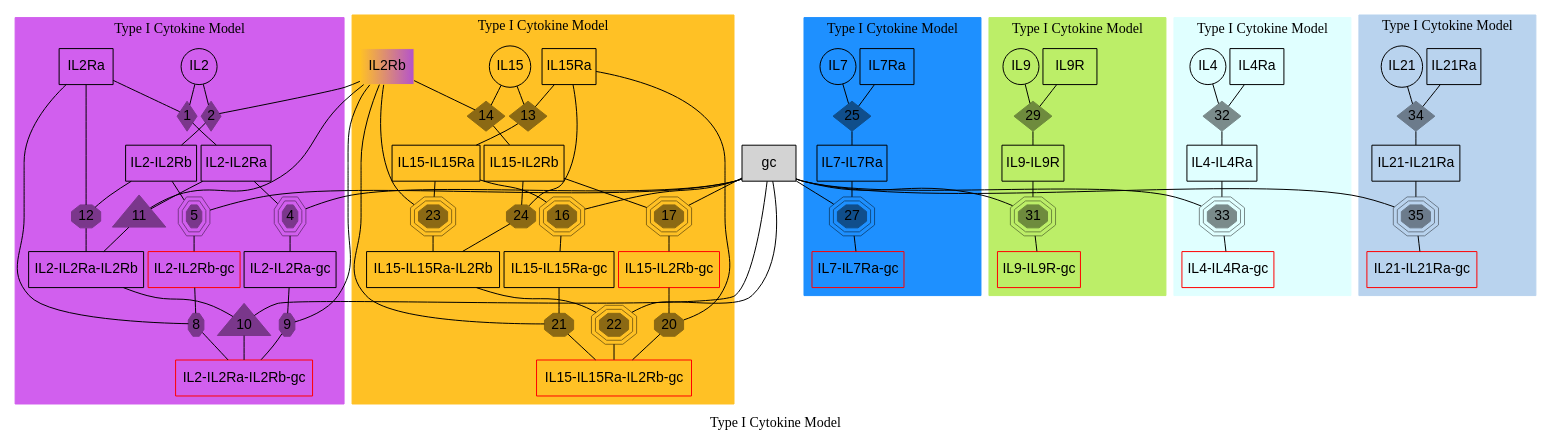
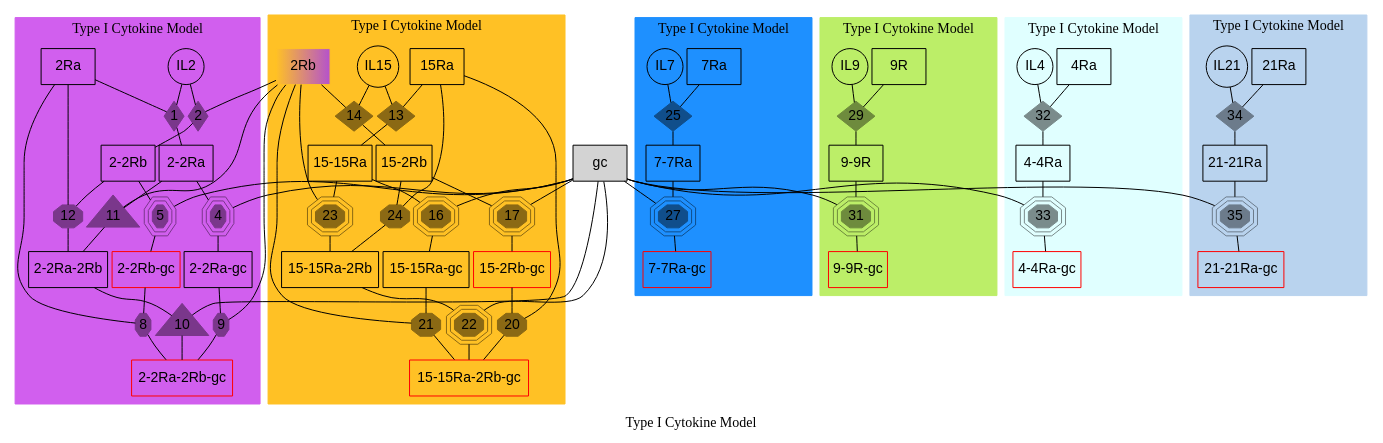
One commit to meyer-lab/gc-valent changed the diagram in ckine/data/graph_all.gv. Above: the diagram before and after it, drawn with Graphviz.

Commit message:
remove "IL" from complexes

```diff
--- a/ckine/data/graph_all.gv
+++ b/ckine/data/graph_all.gv
@@ -13,45 +13,45 @@
         node [margin=0.03];
 
         "IL2"   [shape=circle, fontname = "helvetica" ];
-        "IL2Ra" [shape=box, fontname = "helvetica"   ];
-        "IL2Rb" [shape=box, style=filled, color="goldenrod1:mediumorchid3", fontname = "helvetica"];
-        "IL2-IL2Ra" [shape=box, fontname = "helvetica"];
-        "IL2-IL2Rb" [shape=box, fontname = "helvetica"];
-        "IL2-IL2Ra" [shape=box, fontname = "helvetica"];
-        "IL2-IL2Ra" [shape=box, fontname = "helvetica"];
-        "IL2-IL2Ra-IL2Rb" [shape=box, fontname = "helvetica" ];
-        "IL2-IL2Ra-gc" [shape=box, fontname = "helvetica" ];
-        "IL2-IL2Rb-gc" [shape=box, color=red, fontname = "helvetica" ];
-        "IL2-IL2Ra-IL2Rb-gc" [shape=box, color=red, fontname = "helvetica" ];
+        "2Ra" [shape=box, fontname = "helvetica"   ];
+        "2Rb" [shape=box, style=filled, color="goldenrod1:mediumorchid3", fontname = "helvetica"];
+        "2-2Ra" [shape=box, fontname = "helvetica"];
+        "2-2Rb" [shape=box, fontname = "helvetica"];
+        "2-2Ra" [shape=box, fontname = "helvetica"];
+        "2-2Ra" [shape=box, fontname = "helvetica"];
+        "2-2Ra-2Rb" [shape=box, fontname = "helvetica" ];
+        "2-2Ra-gc" [shape=box, fontname = "helvetica" ];
+        "2-2Rb-gc" [shape=box, color=red, fontname = "helvetica" ];
+        "2-2Ra-2Rb-gc" [shape=box, color=red, fontname = "helvetica" ];
 
         "IL15"  [shape=circle, fontname = "helvetica"];
-        "IL15Ra"    [shape=box, fontname = "helvetica"];
-        "IL15-IL15Ra"   [shape=box, fontname = "helvetica"];
-        "IL15-IL2Rb"    [shape=box, fontname = "helvetica"];
-        "IL15-IL15Ra-IL2Rb" [shape=box, fontname = "helvetica"];
-        "IL15-IL15Ra-gc"    [shape=box, fontname = "helvetica"];
-        "IL15-IL2Rb-gc" [shape=box, color=red, fontname = "helvetica"];
-        "IL15-IL15Ra-IL2Rb-gc"  [shape=box, color=red, fontname = "helvetica"];
+        "15Ra"    [shape=box, fontname = "helvetica"];
+        "15-15Ra"   [shape=box, fontname = "helvetica"];
+        "15-2Rb"    [shape=box, fontname = "helvetica"];
+        "15-15Ra-2Rb" [shape=box, fontname = "helvetica"];
+        "15-15Ra-gc"    [shape=box, fontname = "helvetica"];
+        "15-2Rb-gc" [shape=box, color=red, fontname = "helvetica"];
+        "15-15Ra-2Rb-gc"  [shape=box, color=red, fontname = "helvetica"];
 
         "IL7"   [shape=circle, fontname = "helvetica"];
-        "IL7Ra" [shape=box, fontname = "helvetica"];
-        "IL7-IL7Ra" [shape=box, fontname = "helvetica"];
-        "IL7-IL7Ra-gc"  [shape=box, color=red, fontname = "helvetica"];
+        "7Ra" [shape=box, fontname = "helvetica"];
+        "7-7Ra" [shape=box, fontname = "helvetica"];
+        "7-7Ra-gc"  [shape=box, color=red, fontname = "helvetica"];
 
         "IL9"   [shape=circle, fontname = "helvetica"];
-        "IL9R" [shape=box , fontname = "helvetica"   ];
-        "IL9-IL9R" [shape=box, fontname = "helvetica"];
-        "IL9-IL9R-gc" [shape=box, color=red, fontname = "helvetica" ];
+        "9R" [shape=box , fontname = "helvetica"   ];
+        "9-9R" [shape=box, fontname = "helvetica"];
+        "9-9R-gc" [shape=box, color=red, fontname = "helvetica" ];
 
         "IL4"   [shape=circle, fontname = "helvetica"];
-        "IL4Ra" [shape=box, fontname = "helvetica"    ];
-        "IL4-IL4Ra" [shape=box, fontname = "helvetica"];
-        "IL4-IL4Ra-gc" [shape=box, color=red, fontname = "helvetica" ];
+        "4Ra" [shape=box, fontname = "helvetica"    ];
+        "4-4Ra" [shape=box, fontname = "helvetica"];
+        "4-4Ra-gc" [shape=box, color=red, fontname = "helvetica" ];
 
         "IL21"   [shape=circle, fontname = "helvetica"];
-        "IL21Ra" [shape=box , fontname = "helvetica"   ];
-        "IL21-IL21Ra" [shape=box, fontname = "helvetica"];
-        "IL21-IL21Ra-gc" [shape=box, color=red, fontname = "helvetica" ];
+        "21Ra" [shape=box , fontname = "helvetica"   ];
+        "21-21Ra" [shape=box, fontname = "helvetica"];
+        "21-21Ra-gc" [shape=box, color=red, fontname = "helvetica" ];
     }
 
     subgraph cluster_IL2 {
@@ -61,48 +61,48 @@
 
         "1" [shape=diamond,style=filled,height=.1,width=.1, fontname = "helvetica"];
         "IL2" -> "1" [dir=none,weight=1];
-        "IL2Ra" -> "1" [dir=none,weight=1];
-        "1" -> "IL2-IL2Ra" [dir=none, weight=2];
+        "2Ra" -> "1" [dir=none,weight=1];
+        "1" -> "2-2Ra" [dir=none, weight=2];
 
         "2" [shape=diamond,style=filled,height=.1,width=.1, fontname = "helvetica"];
         "IL2" -> "2" [dir=none,weight=1];
-        "IL2Rb" -> "2" [dir=none,weight=1];
-        "2" -> "IL2-IL2Rb" [dir=none, weight=2];
+        "2Rb" -> "2" [dir=none,weight=1];
+        "2" -> "2-2Rb" [dir=none, weight=2];
 
         "4" [shape=tripleoctagon,style=filled,height=.1,width=.1, fontname = "helvetica"];
-        "IL2-IL2Ra" -> "4" [dir=none,weight=1];
+        "2-2Ra" -> "4" [dir=none,weight=1];
         "gc" -> "4" [dir=none,weight=1];
-        "4" -> "IL2-IL2Ra-gc" [dir=none, weight=2];
+        "4" -> "2-2Ra-gc" [dir=none, weight=2];
 
         "5" [shape=tripleoctagon,style=filled,height=.1,width=.1, fontname = "helvetica"];
-        "IL2-IL2Rb" -> "5" [dir=none,weight=1];
+        "2-2Rb" -> "5" [dir=none,weight=1];
         "gc" -> "5" [dir=none,weight=1];
-        "5" -> "IL2-IL2Rb-gc" [dir=none, weight=2];
+        "5" -> "2-2Rb-gc" [dir=none, weight=2];
 
         "8" [shape=octagon,style=filled,height=.1,width=.1, fontname = "helvetica"];
-        "IL2-IL2Rb-gc" -> "8" [dir=none,weight=1];
-        "IL2Ra" -> "8" [dir=none,weight=1];
-        "8" -> "IL2-IL2Ra-IL2Rb-gc" [dir=none, weight=2, fontname = "helvetica"];
+        "2-2Rb-gc" -> "8" [dir=none,weight=1];
+        "2Ra" -> "8" [dir=none,weight=1];
+        "8" -> "2-2Ra-2Rb-gc" [dir=none, weight=2, fontname = "helvetica"];
 
         "9" [shape=octagon,style=filled,height=.1,width=.1, fontname = "helvetica"];
-        "IL2-IL2Ra-gc" -> "9" [dir=none,weight=1];
-        "IL2Rb" -> "9" [dir=none,weight=1];
-        "9" -> "IL2-IL2Ra-IL2Rb-gc" [dir=none, weight=2];
+        "2-2Ra-gc" -> "9" [dir=none,weight=1];
+        "2Rb" -> "9" [dir=none,weight=1];
+        "9" -> "2-2Ra-2Rb-gc" [dir=none, weight=2];
 
         "10" [shape=triangle,style=filled,height=.1,width=.04, fontname = "helvetica"];
-        "IL2-IL2Ra-IL2Rb" -> "10" [dir=none,weight=1];
+        "2-2Ra-2Rb" -> "10" [dir=none,weight=1];
         "gc" -> "10" [dir=none,weight=1];
-        "10" -> "IL2-IL2Ra-IL2Rb-gc" [dir=none, weight=2];
+        "10" -> "2-2Ra-2Rb-gc" [dir=none, weight=2];
 
         "11" [shape=triangle,style=filled,height=.1,width=.04, fontname = "helvetica"];
-        "IL2-IL2Ra" -> "11" [dir=none,weight=1];
-        "IL2Rb" -> "11" [dir=none,weight=1];
-        "11" -> "IL2-IL2Ra-IL2Rb" [dir=none, weight=2];
+        "2-2Ra" -> "11" [dir=none,weight=1];
+        "2Rb" -> "11" [dir=none,weight=1];
+        "11" -> "2-2Ra-2Rb" [dir=none, weight=2];
 
         "12" [shape=octagon,style=filled,height=.1,width=.1, fontname = "helvetica"];
-        "IL2-IL2Rb" -> "12" [dir=none,weight=1];
-        "IL2Ra" -> "12" [dir=none,weight=1];
-        "12" -> "IL2-IL2Ra-IL2Rb" [dir=none, weight=2];
+        "2-2Rb" -> "12" [dir=none,weight=1];
+        "2Ra" -> "12" [dir=none,weight=1];
+        "12" -> "2-2Ra-2Rb" [dir=none, weight=2];
     }
 
     subgraph cluster_IL15 {
@@ -113,48 +113,48 @@
 
         "13" [shape=diamond,style=filled,height=.1,width=.1, fontname = "helvetica"];
         "IL15" -> "13";
-        "IL15Ra" -> "13";
-        "13" -> "IL15-IL15Ra";
+        "15Ra" -> "13";
+        "13" -> "15-15Ra";
 
         "14" [shape=diamond,style=filled,height=.1,width=.1, fontname = "helvetica"];
         "IL15" -> "14";
-        "IL2Rb" -> "14";
-        "14" -> "IL15-IL2Rb";
+        "2Rb" -> "14";
+        "14" -> "15-2Rb";
 
         "16" [shape=tripleoctagon,style=filled,height=.1,width=.1, fontname = "helvetica"];
-        "IL15-IL15Ra" -> "16";
+        "15-15Ra" -> "16";
         "gc" -> "16";
-        "16" -> "IL15-IL15Ra-gc";
+        "16" -> "15-15Ra-gc";
 
         "17" [shape=tripleoctagon,style=filled,height=.1,width=.1, fontname = "helvetica"];
-        "IL15-IL2Rb" -> "17";
+        "15-2Rb" -> "17";
         "gc" -> "17";
-        "17" -> "IL15-IL2Rb-gc";
+        "17" -> "15-2Rb-gc";
 
         "20" [shape=octagon,style=filled,height=.1,width=.1, fontname = "helvetica"];
-        "IL15-IL2Rb-gc" -> "20";
-        "IL15Ra" -> "20";
-        "20" -> "IL15-IL15Ra-IL2Rb-gc";
+        "15-2Rb-gc" -> "20";
+        "15Ra" -> "20";
+        "20" -> "15-15Ra-2Rb-gc";
 
         "21" [shape=octagon,style=filled,height=.1,width=.1, fontname = "helvetica"];
-        "IL15-IL15Ra-gc" -> "21";
-        "IL2Rb" -> "21";
-        "21" -> "IL15-IL15Ra-IL2Rb-gc";
+        "15-15Ra-gc" -> "21";
+        "2Rb" -> "21";
+        "21" -> "15-15Ra-2Rb-gc";
 
         "22" [shape=tripleoctagon,style=filled,height=.1,width=.1, fontname = "helvetica"];
-        "IL15-IL15Ra-IL2Rb" -> "22";
+        "15-15Ra-2Rb" -> "22";
         "gc" -> "22";
-        "22" -> "IL15-IL15Ra-IL2Rb-gc";
+        "22" -> "15-15Ra-2Rb-gc";
 
         "23" [shape=tripleoctagon,style=filled,height=.1,width=.1, fontname = "helvetica"];
-        "IL15-IL15Ra" -> "23";
-        "IL2Rb" -> "23";
-        "23" -> "IL15-IL15Ra-IL2Rb";
+        "15-15Ra" -> "23";
+        "2Rb" -> "23";
+        "23" -> "15-15Ra-2Rb";
 
         "24" [shape=octagon,style=filled,height=.1,width=.1, fontname = "helvetica"];
-        "IL15-IL2Rb" -> "24";
-        "IL15Ra" -> "24";
-        "24" -> "IL15-IL15Ra-IL2Rb";
+        "15-2Rb" -> "24";
+        "15Ra" -> "24";
+        "24" -> "15-15Ra-2Rb";
         }
 
     subgraph cluster_IL7 {
@@ -165,13 +165,13 @@
         
         "25" [shape=diamond,style=filled,height=.1,width=.1, fontname = "helvetica"];
         "IL7" -> "25";
-        "IL7Ra" -> "25";
-        "25" -> "IL7-IL7Ra";
+        "7Ra" -> "25";
+        "25" -> "7-7Ra";
 
         "27" [shape=tripleoctagon,style=filled,height=.1,width=.1, fontname = "helvetica"];
-        "IL7-IL7Ra" -> "27";
+        "7-7Ra" -> "27";
         "gc" -> "27";
-        "27" -> "IL7-IL7Ra-gc";
+        "27" -> "7-7Ra-gc";
     }
 
     subgraph cluster_IL9 {
@@ -182,13 +182,13 @@
         
         "29" [shape=diamond, style=filled, height=.1, width=.1, fontname = "helvetica"];
         "IL9" -> "29";
-        "IL9R" -> "29";
-        "29" -> "IL9-IL9R";
+        "9R" -> "29";
+        "29" -> "9-9R";
 
         "31" [shape=tripleoctagon,style=filled,height=.1,width=.1, fontname = "helvetica"];
-        "IL9-IL9R" -> "31";
+        "9-9R" -> "31";
         "gc" -> "31";
-        "31" -> "IL9-IL9R-gc";
+        "31" -> "9-9R-gc";
     }
 
     subgraph cluster_IL4 {
@@ -199,13 +199,13 @@
         
         "32" [shape=diamond, style=filled, height=0.1, width=0.1, fontname = "helvetica"];
         "IL4" -> "32";
-        "IL4Ra" -> "32";
-        "32" -> "IL4-IL4Ra";
+        "4Ra" -> "32";
+        "32" -> "4-4Ra";
 
         "33" [shape=tripleoctagon,style=filled,height=.1,width=.1, fontname = "helvetica"];
-        "IL4-IL4Ra" -> "33";
+        "4-4Ra" -> "33";
         "gc" -> "33";
-        "33" -> "IL4-IL4Ra-gc";
+        "33" -> "4-4Ra-gc";
     }
     subgraph cluster_IL21 {
         style=filled;
@@ -215,12 +215,12 @@
         
         "34" [shape=diamond,style=filled,height=.1,width=.1, fontname = "helvetica"];
         "IL21" -> "34";
-        "IL21Ra" -> "34";
-        "34" -> "IL21-IL21Ra";
+        "21Ra" -> "34";
+        "34" -> "21-21Ra";
 
         "35" [shape=tripleoctagon,style=filled, height=.1, width=.1, fontname = "helvetica"];
-        "IL21-IL21Ra" -> "35";
+        "21-21Ra" -> "35";
         "gc" -> "35";
-        "35" -> "IL21-IL21Ra-gc";
+        "35" -> "21-21Ra-gc";
     }
 }
```
